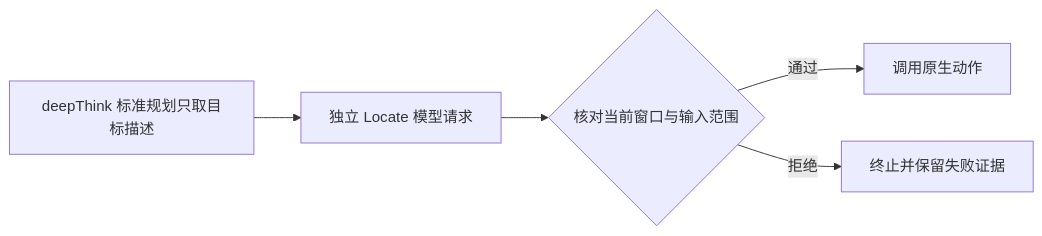
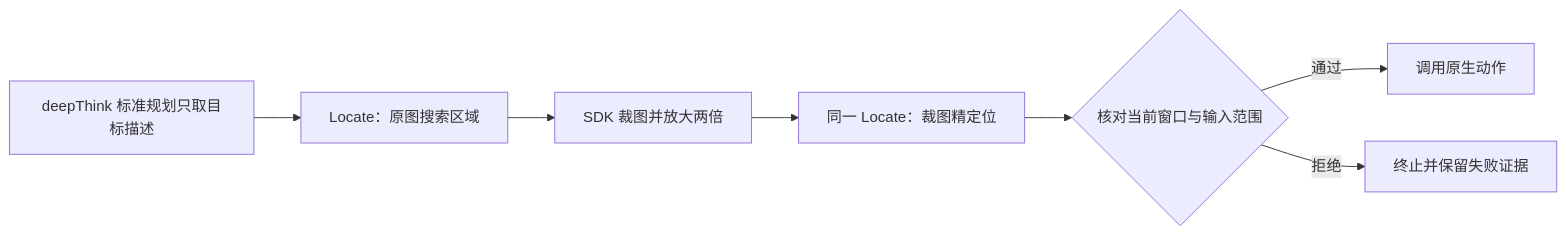
One commit to HoldThatThgt/Har-GUI changed the second of 2 diagrams in docs/planning-evidence.md. Above: the diagram before and after it, drawn with Mermaid. The commit also changed other lines of this file and 6 other files, not shown here.

Commit message:
Enable SDK deep locating and preserve crop evidence

````diff
--- a/docs/planning-evidence.md
+++ b/docs/planning-evidence.md
@@ -65,7 +66,9 @@
 ```mermaid
 flowchart LR
-    Plan[deepThink 标准规划只取目标描述] --> Locate[独立 Locate 模型请求]
+    Plan[deepThink 标准规划只取目标描述] --> Region[Locate：原图搜索区域]
+    Region --> Crop[SDK 裁图并放大两倍]
+    Crop --> Locate[同一 Locate：裁图精定位]
     Locate --> Scope
     Scope{核对当前窗口与输入范围} -->|通过| Native[调用原生动作]
     Scope -->|拒绝| Stop[终止并保留失败证据]
 ```
````
